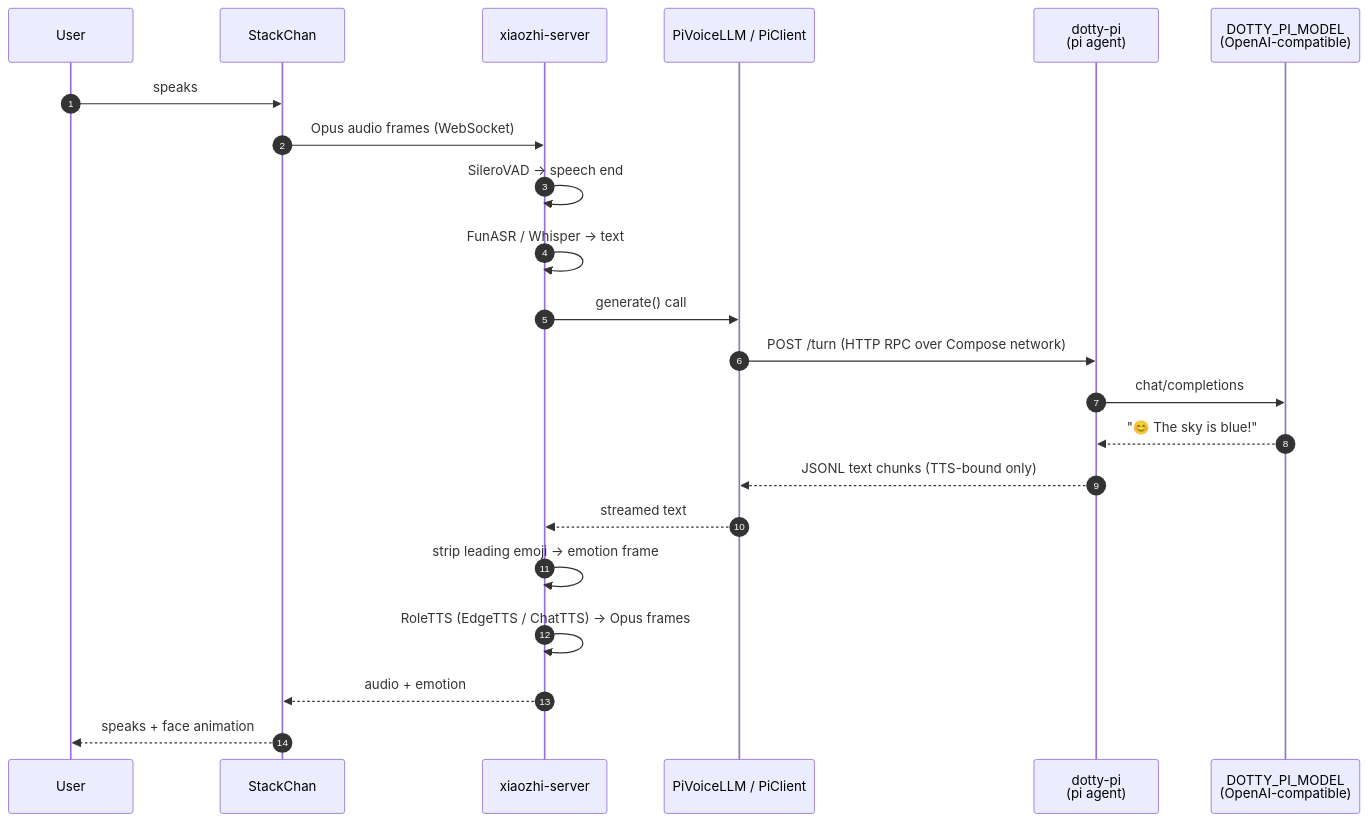
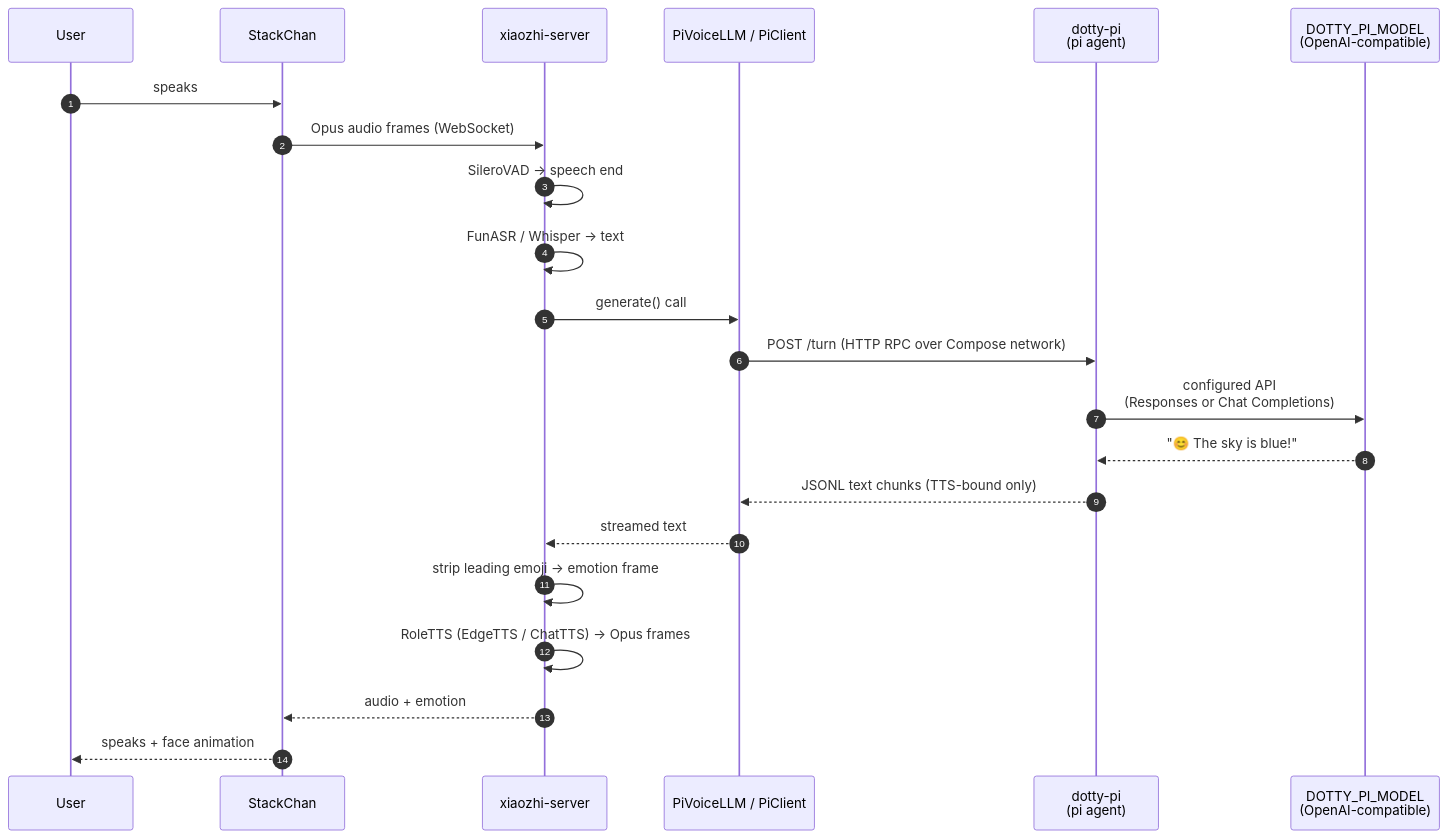
Before and after one commit to alkaid/dotty-stackchan: the second of 4 diagrams in docs/architecture.md, drawn with Mermaid. The commit also changed other lines of this file and 10 other files, not shown here.

````diff
--- a/docs/architecture.md
+++ b/docs/architecture.md
@@ -74,25 +74,25 @@
 ```mermaid
 sequenceDiagram
     autonumber
     participant User
     participant SC as StackChan
     participant XZ as xiaozhi-server
     participant PV as PiVoiceLLM / PiClient
     participant PI as dotty-pi<br/>(pi agent)
     participant Model as DOTTY_PI_MODEL<br/>(OpenAI-compatible)
 
     User->>SC: speaks
     SC->>XZ: Opus audio frames (WebSocket)
     XZ->>XZ: SileroVAD → speech end
     XZ->>XZ: FunASR / Whisper → text
     XZ->>PV: generate() call
     PV->>PI: POST /turn (HTTP RPC over Compose network)
-    PI->>Model: chat/completions
+    PI->>Model: configured API<br/>(Responses or Chat Completions)
     Model-->>PI: "😊 The sky is blue!"
     PI-->>PV: JSONL text chunks (TTS-bound only)
     PV-->>XZ: streamed text
     XZ->>XZ: strip leading emoji → emotion frame
     XZ->>XZ: RoleTTS (EdgeTTS / ChatTTS) → Opus frames
     XZ-->>SC: audio + emotion
     SC-->>User: speaks + face animation
 ```
````
